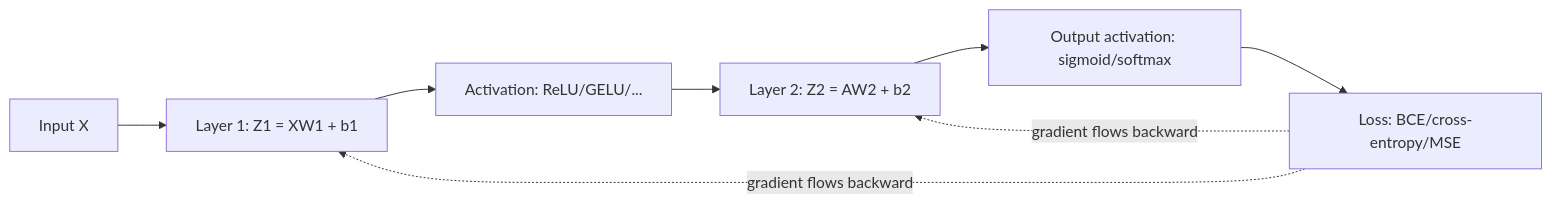
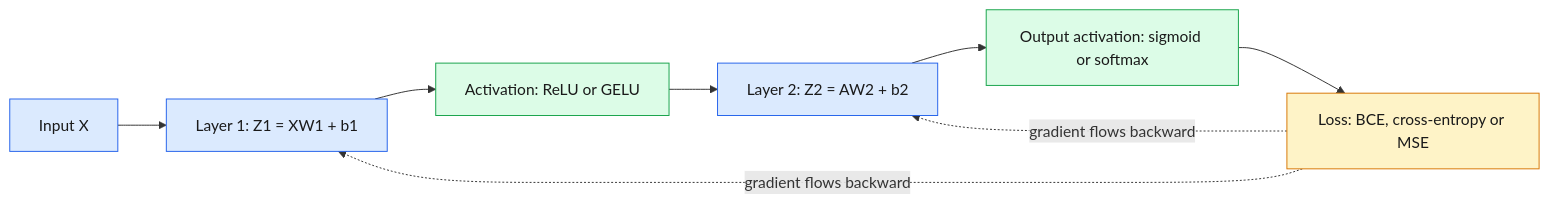
One commit to bhanu-prakash12/ai-ml-engineer-fundamentals changed the first of 2 diagrams in day03_deep_learning/15_deep_learning/README.md. Above: the diagram before and after it, drawn with Mermaid. The commit also changed other lines of this file and 68 other files, not shown here.

````diff
--- a/day03_deep_learning/15_deep_learning/README.md
+++ b/day03_deep_learning/15_deep_learning/README.md
@@ -45,10 +77,17 @@
 ```mermaid
 flowchart LR
-  A[Input X] --> B[Layer 1: Z1 = XW1 + b1]
-  B --> C[Activation: ReLU/GELU/...]
-  C --> D[Layer 2: Z2 = AW2 + b2]
-  D --> E[Output activation: sigmoid/softmax]
-  E --> F[Loss: BCE/cross-entropy/MSE]
-  F -.gradient flows backward.-> B
-  F -.gradient flows backward.-> D
+  A["Input X"] --> B["Layer 1: Z1 = XW1 + b1"]
+  B --> C["Activation: ReLU or GELU"]
+  C --> D["Layer 2: Z2 = AW2 + b2"]
+  D --> E["Output activation: sigmoid or softmax"]
+  E --> F["Loss: BCE, cross-entropy or MSE"]
+  F -.->|"gradient flows backward"| B
+  F -.->|"gradient flows backward"| D
+  classDef data fill:#DBEAFE,stroke:#2563EB,color:#1a1a1a;
+  classDef act fill:#DCFCE7,stroke:#16A34A,color:#1a1a1a;
+  classDef loss fill:#FEF3C7,stroke:#D97706,color:#1a1a1a;
+  class A data;
+  class B,D data;
+  class C,E act;
+  class F loss;
 ```
````
